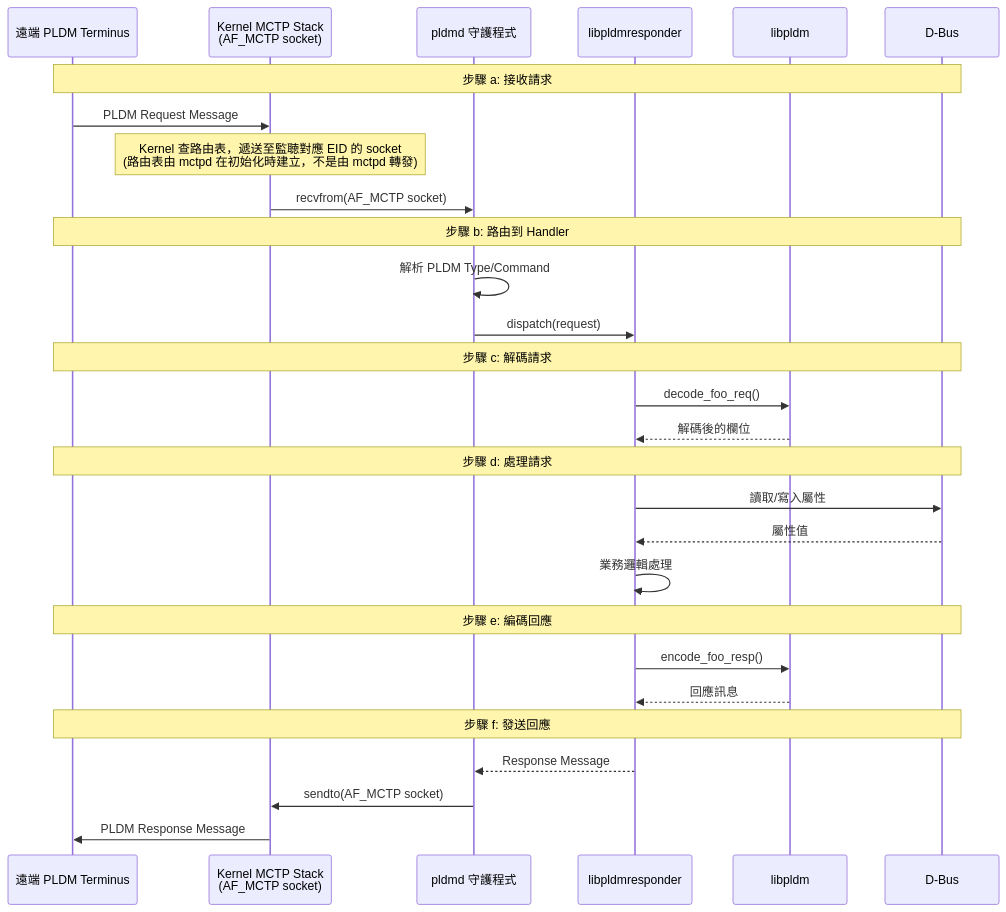
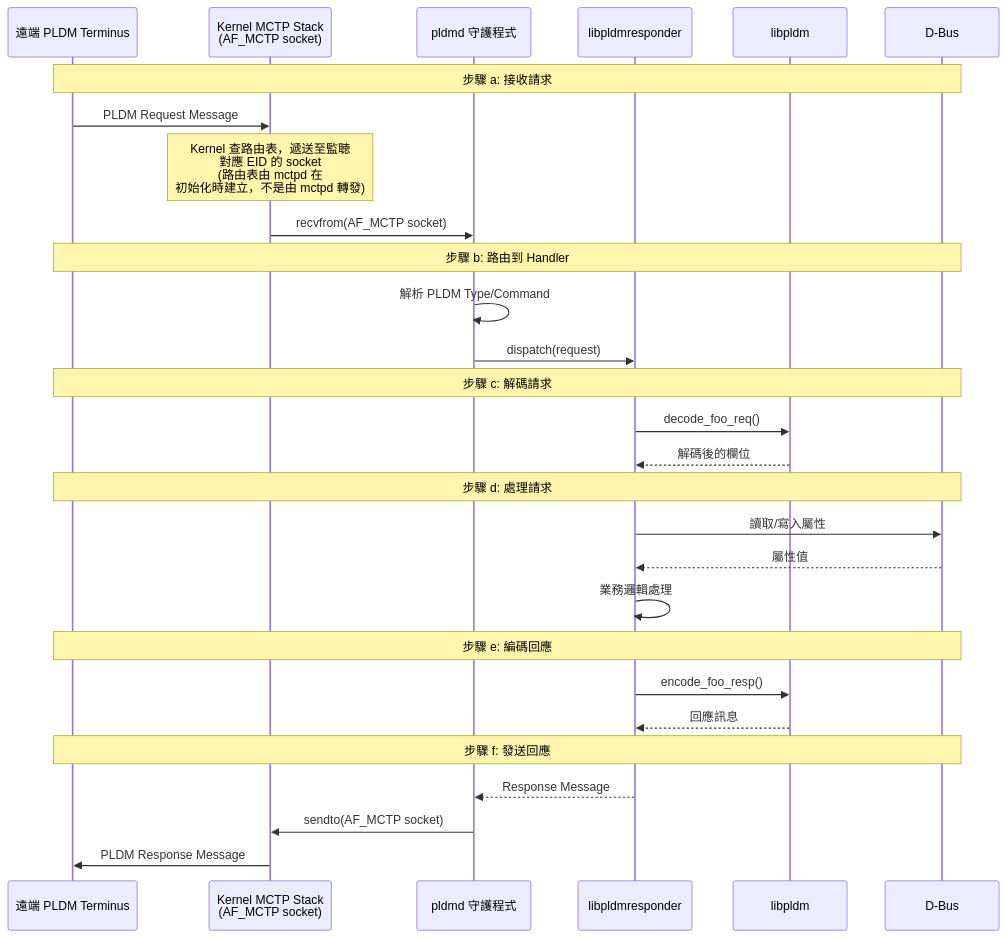
The first of 5 diagrams in pldm/CodeFlows.md (chilung-cgu/bmc-firmware-knowledge-base), drawn with Mermaid before and after one commit. The commit also changed other lines of this file and 18 other files, not shown here.

First line of the commit message:
docs(pldm): 批量優化 Mermaid 流程圖排版解決文字截斷問題

````diff
--- a/pldm/CodeFlows.md
+++ b/pldm/CodeFlows.md
@@ -16,36 +16,36 @@
 ```mermaid
 sequenceDiagram
     participant Remote as 遠端 PLDM Terminus
     participant KernelMCTP as Kernel MCTP Stack<br/>(AF_MCTP socket)
     participant pldmd as pldmd 守護程式
     participant Handler as libpldmresponder
     participant libpldm as libpldm
     participant DBus as D-Bus
 
     Note over Remote,DBus: 步驟 a: 接收請求
     Remote->>KernelMCTP: PLDM Request Message
-    Note over KernelMCTP: Kernel 查路由表，遞送至監聴對應 EID 的 socket<br/>(路由表由 mctpd 在初始化時建立，不是由 mctpd 轉發)
+    Note over KernelMCTP: Kernel 查路由表，遞送至監聴<br>對應 EID 的 socket<br/>(路由表由 mctpd 在<br>初始化時建立，不是由 mctpd 轉發)
     KernelMCTP->>pldmd: recvfrom(AF_MCTP socket)
 
     Note over Remote,DBus: 步驟 b: 路由到 Handler
     pldmd->>pldmd: 解析 PLDM Type/Command
     pldmd->>Handler: dispatch(request)
 
     Note over Remote,DBus: 步驟 c: 解碼請求
     Handler->>libpldm: decode_foo_req()
     libpldm-->>Handler: 解碼後的欄位
 
     Note over Remote,DBus: 步驟 d: 處理請求
     Handler->>DBus: 讀取/寫入屬性
     DBus-->>Handler: 屬性值
     Handler->>Handler: 業務邏輯處理
 
     Note over Remote,DBus: 步驟 e: 編碼回應
     Handler->>libpldm: encode_foo_resp()
     libpldm-->>Handler: 回應訊息
 
     Note over Remote,DBus: 步驟 f: 發送回應
     Handler-->>pldmd: Response Message
     pldmd->>KernelMCTP: sendto(AF_MCTP socket)
     KernelMCTP->>Remote: PLDM Response Message
 ```
````
